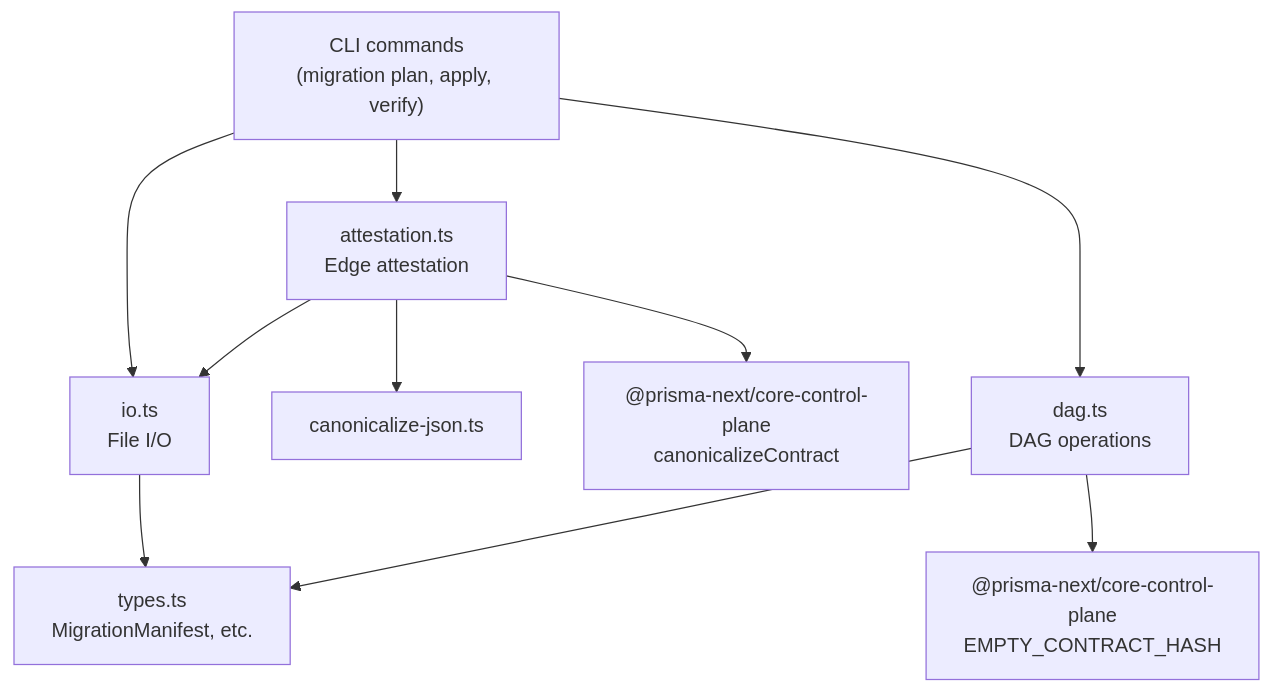
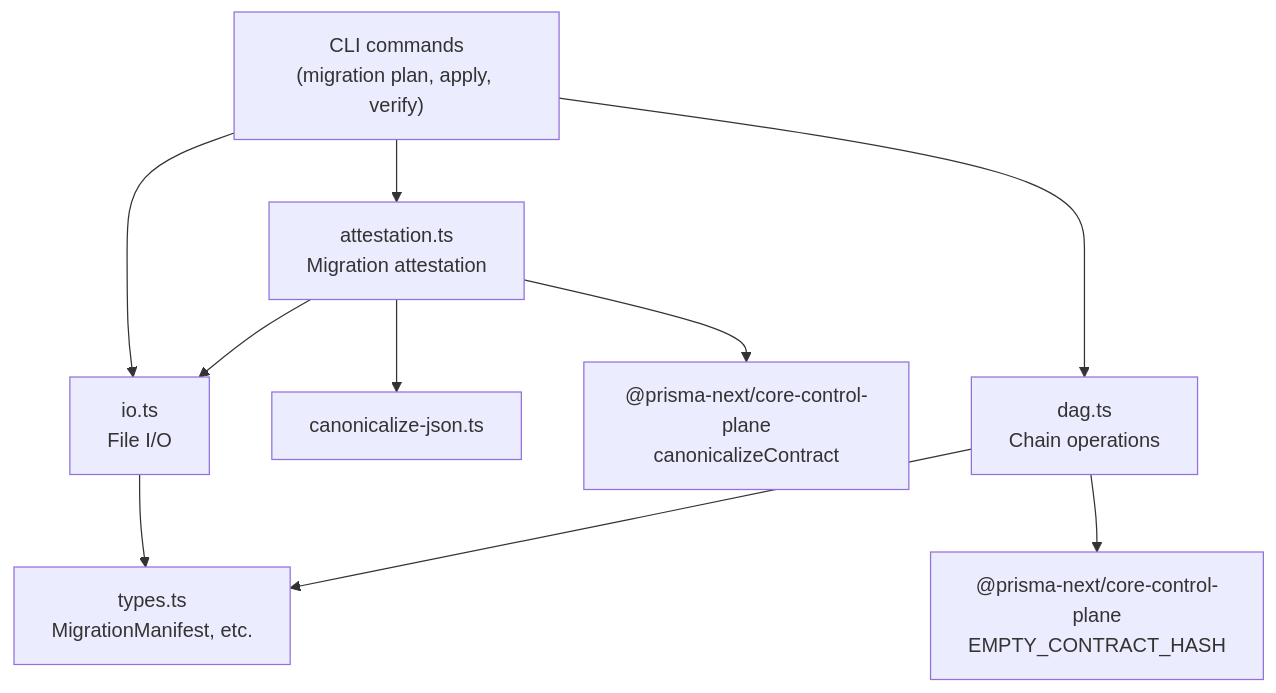
The diagram in packages/1-framework/3-tooling/migration/README.md (prisma/prisma-next), drawn with Mermaid before and after one commit. The commit also changed other lines of this file and 32 other files, not shown here.

````diff
--- a/packages/1-framework/3-tooling/migration/README.md
+++ b/packages/1-framework/3-tooling/migration/README.md
@@ -33,12 +33,12 @@
 ```mermaid
 graph TD
     CLI["CLI commands<br/>(migration plan, apply, verify)"] --> IO["io.ts<br/>File I/O"]
-    CLI --> ATT["attestation.ts<br/>Edge attestation"]
-    CLI --> DAG["dag.ts<br/>DAG operations"]
+    CLI --> ATT["attestation.ts<br/>Migration attestation"]
+    CLI --> DAG["dag.ts<br/>Chain operations"]
     IO --> TYPES["types.ts<br/>MigrationManifest, etc."]
     ATT --> IO
     ATT --> CAN["canonicalize-json.ts"]
     ATT --> CP["@prisma-next/core-control-plane<br/>canonicalizeContract"]
     DAG --> TYPES
     DAG --> ABS["@prisma-next/core-control-plane<br/>EMPTY_CONTRACT_HASH"]
 ```
````
